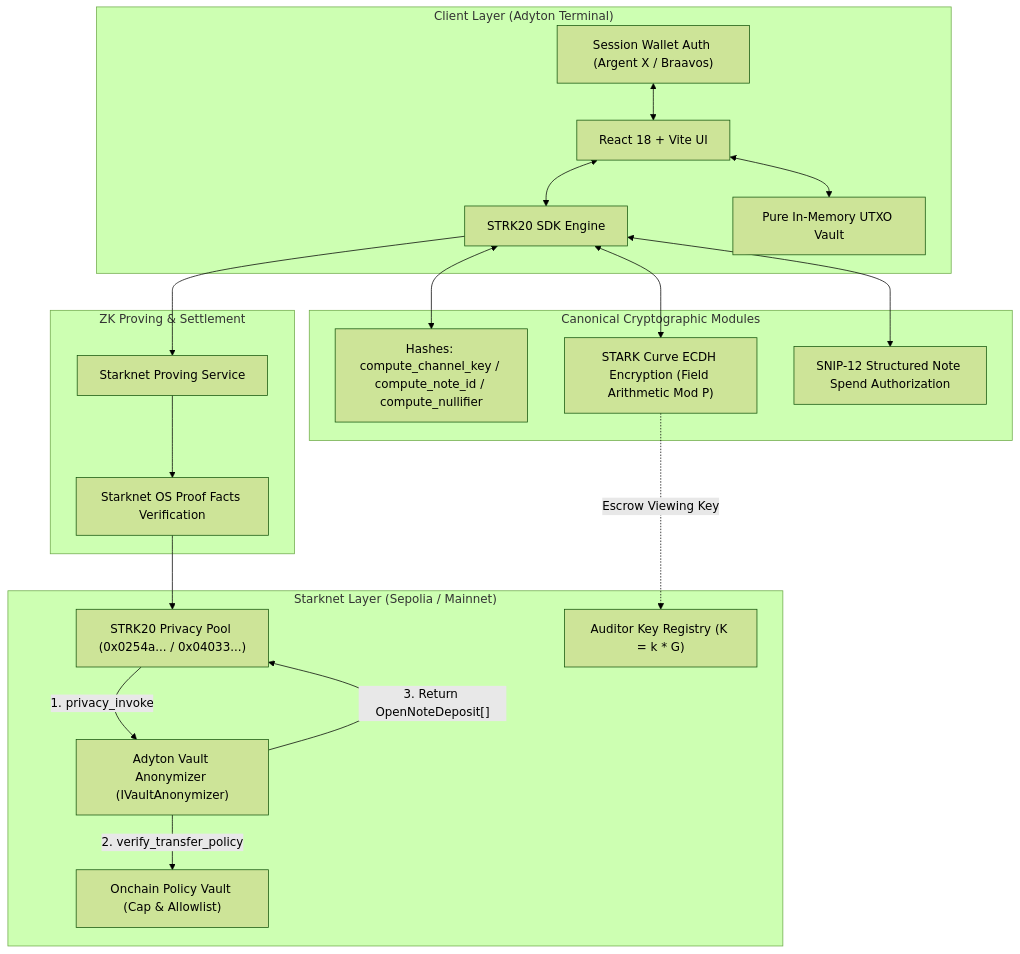
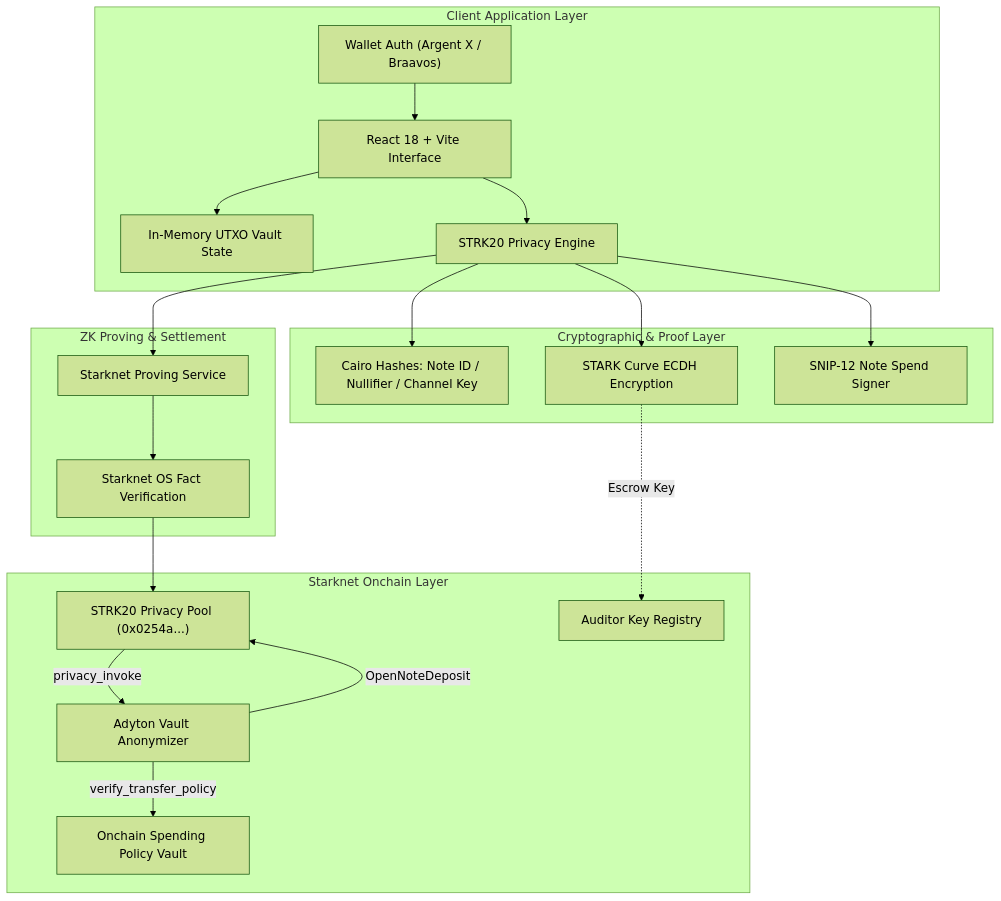
The diagram in README.md (Habuskid/Adyton), drawn with Mermaid (forest theme) before and after one commit.

Commit message:
fix(readme): fix mermaid diagram syntax for GitHub renderer compatibility

````diff
--- a/README.md
+++ b/README.md
@@ -30,41 +30,44 @@
 ```mermaid
 flowchart TD
-    subgraph Client ["Client Layer (Adyton Terminal)"]
-        UI["React 18 + Vite UI"]
-        SDK["STRK20 SDK Engine"]
-        MEM["Pure In-Memory UTXO Vault"]
-        WAL["Session Wallet Auth (Argent X / Braavos)"]
-        UI <--> MEM
-        UI <--> SDK
-        WAL <--> UI
+    subgraph Client["Client Application Layer"]
+        UI["React 18 + Vite Interface"]
+        MEM["In-Memory UTXO Vault State"]
+        SDK["STRK20 Privacy Engine"]
+        WAL["Wallet Auth (Argent X / Braavos)"]
+        
+        UI --> MEM
+        UI --> SDK
+        WAL --> UI
     end
 
-    subgraph Crypto ["Canonical Cryptographic Modules"]
-        HASH["Hashes: compute_channel_key / compute_note_id / compute_nullifier"]
-        ECDH["STARK Curve ECDH Encryption (Field Arithmetic Mod P)"]
-        SNIP12["SNIP-12 Structured Note Spend Authorization"]
-        SDK <--> HASH
-        SDK <--> ECDH
-        SDK <--> SNIP12
+    subgraph Crypto["Cryptographic & Proof Layer"]
+        HASH["Cairo Hashes: Note ID / Nullifier / Channel Key"]
+        ECDH["STARK Curve ECDH Encryption"]
+        SNIP12["SNIP-12 Note Spend Signer"]
+        
+        SDK --> HASH
+        SDK --> ECDH
+        SDK --> SNIP12
     end
 
-    subgraph Starknet ["Starknet Layer (Sepolia / Mainnet)"]
-        POOL["STRK20 Privacy Pool (0x0254a... / 0x04033...)"]
-        ANON["Adyton Vault Anonymizer (IVaultAnonymizer)"]
-        POLICY["Onchain Policy Vault (Cap & Allowlist)"]
-        AUDITOR["Auditor Key Registry (K = k * G)"]
+    subgraph Starknet["Starknet Onchain Layer"]
+        POOL["STRK20 Privacy Pool (0x0254a...)"]
+        ANON["Adyton Vault Anonymizer"]
+        POLICY["Onchain Spending Policy Vault"]
+        AUDITOR["Auditor Key Registry"]
         
-        POOL -- "1. privacy_invoke" --> ANON
-        ANON -- "2. verify_transfer_policy" --> POLICY
-        ANON -- "3. Return OpenNoteDeposit[]" --> POOL
-        ECDH -. "Escrow Viewing Key" .-> AUDITOR
+        POOL -->|privacy_invoke| ANON
+        ANON -->|verify_transfer_policy| POLICY
+        ANON -->|OpenNoteDeposit| POOL
+        ECDH -.->|Escrow Key| AUDITOR
     end
 
-    subgraph Prover ["ZK Proving & Settlement"]
-        PROVE["Starknet Proving Service"]
-        SNOS["Starknet OS Proof Facts Verification"]
-        SDK --> PROVE
-        PROVE --> SNOS
+    subgraph Settlement["ZK Proving & Settlement"]
+        PROVER["Starknet Proving Service"]
+        SNOS["Starknet OS Fact Verification"]
+        
+        SDK --> PROVER
+        PROVER --> SNOS
         SNOS --> POOL
     end
 ```
````
